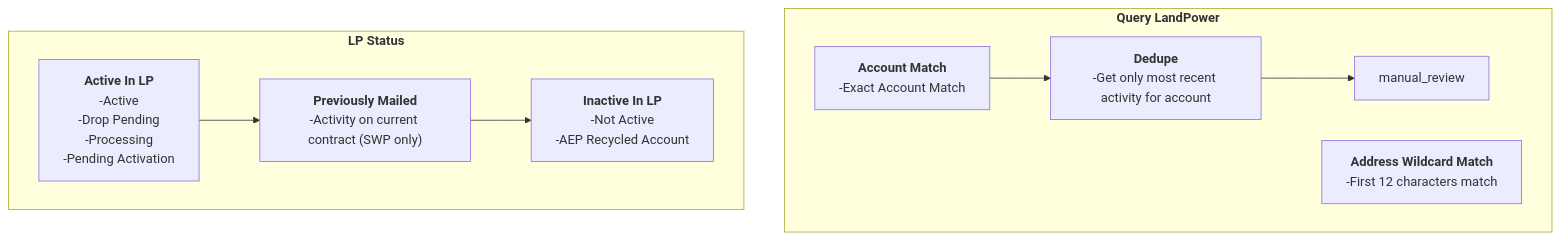
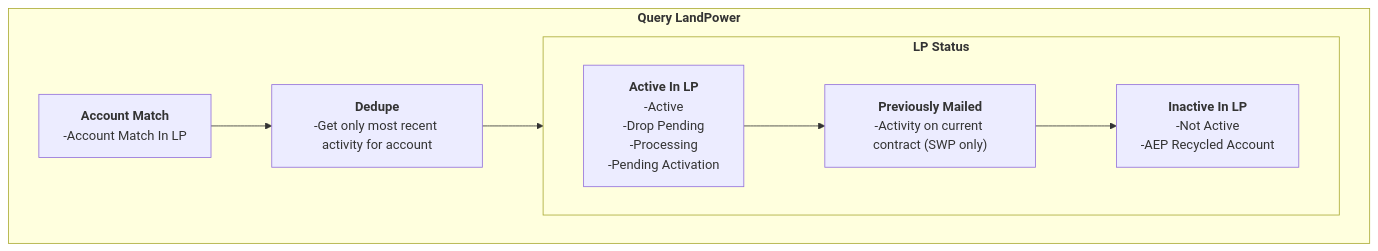
One commit to vistra-muniagg/List-Management-Tool changed the seventh of 7 diagrams in DIAGRAMS.md. Above: the diagram before and after it, drawn with Mermaid.

Commit message:
Update query description in DIAGRAMS.md

````diff
--- a/DIAGRAMS.md
+++ b/DIAGRAMS.md
@@ -271,33 +271,32 @@
 ```mermaid
 
 %%{init: {
   "theme": "base",
   "themeVariables": {
     "fontSize": "12px",
     "fontFamily": "Segoe UI",
     "primaryColor": "#eef6ff",          %% node fill
     "primaryBorderColor": "#1e40af",    %% node border
     "primaryTextColor": "#0f172a",      %% node text
     "lineColor": "#1e40af"
   }
 }}%%
 
 graph TD
 
     subgraph contracts["<b>Query LandPower</b>"]
     direction LR
-        query["<b>Account Match</b><br>-Exact Account Match"]
+        query["<b>Account Match</b><br>-Account Match In LP"]
         dedupe["<b>Dedupe</b><br>-Get only most recent activity for account"]
-        address_match["<b>Address Wildcard Match</b><br>-First 12 characters match"]
-        query --> dedupe --> manual_review
+        query --> dedupe --> LP_status
     end
 
     subgraph LP_status["<b>LP Status</b>"]
     direction LR
         active["<b>Active In LP</b><br>-Active<br>-Drop Pending<br>-Processing<br>-Pending Activation"]
         opt_out["<b>Previously Mailed</b><br>-Activity on current contract (SWP only)"]
         inactive["<b>Inactive In LP</b><br>-Not Active<br>-AEP Recycled Account"]
         active --> opt_out --> inactive
     end
 
 ```
````
